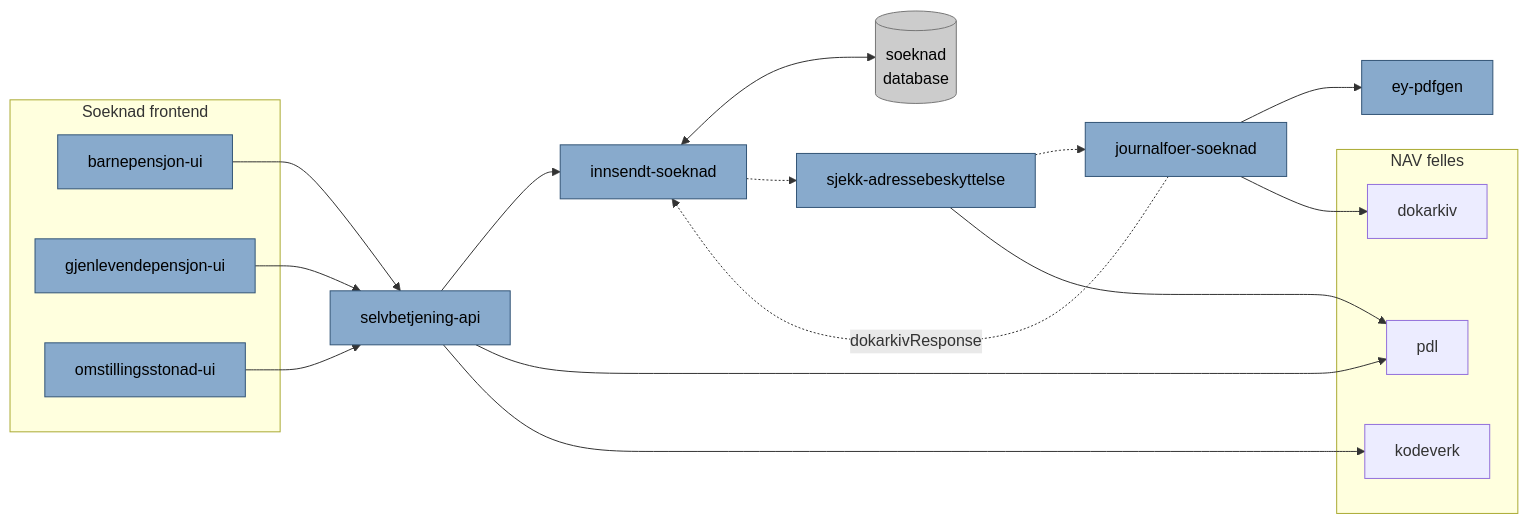
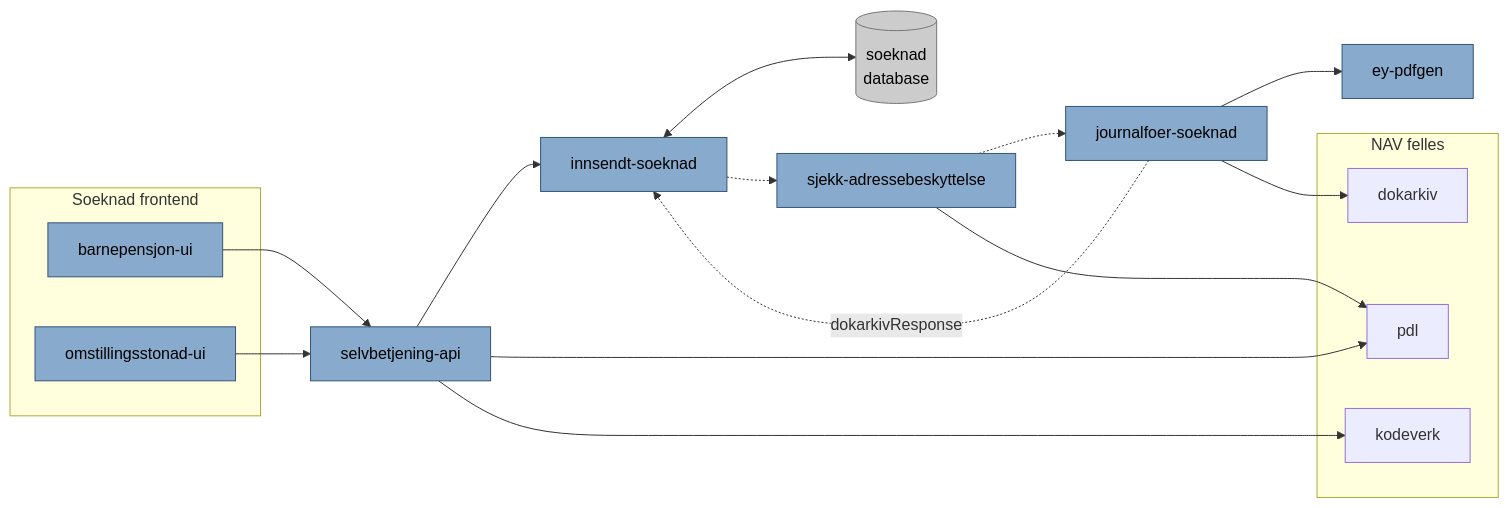
The diagram in README.md (navikt/pensjon-etterlatte), drawn with Mermaid before and after one commit. The commit also changed other lines of this file and 179 other files, not shown here.

````diff
--- a/README.md
+++ b/README.md
@@ -37,35 +34,33 @@
 ```mermaid
 flowchart LR
 
 classDef app fill:#88AACC,color:#000,stroke:#335577
 classDef db fill:#ccc,color:#000,stroke:#777
 classDef text fill:none,color:#ddd
 
 barnepensjon-ui:::app --> selvbetjening-api
-gjenlevendepensjon-ui:::app --> selvbetjening-api
 omstillingsstonad-ui:::app --> selvbetjening-api
 
 subgraph frontend["Soeknad frontend"]
     barnepensjon-ui
-    gjenlevendepensjon-ui
     omstillingsstonad-ui
 end
 
 selvbetjening-api:::app --> innsendt-soeknad
 innsendt-soeknad:::app <--> innsendt-soeknad-v2[(soeknad\ndatabase)]:::db
 innsendt-soeknad -.-> sjekk-adressebeskyttelse
 sjekk-adressebeskyttelse:::app -.-> journalfoer-soeknad
 journalfoer-soeknad --> ey-pdfgen:::app
 journalfoer-soeknad:::app --> dokarkiv
 journalfoer-soeknad -. dokarkivResponse .-> innsendt-soeknad
 
 selvbetjening-api --> pdl
 selvbetjening-api --> kodeverk
 sjekk-adressebeskyttelse --> pdl
 
 subgraph ekstern["NAV felles"]
     dokarkiv
     kodeverk
     pdl
 end
 ```
````
